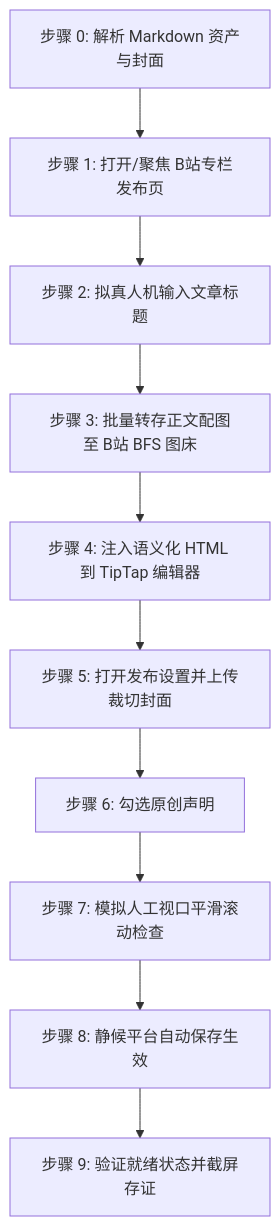
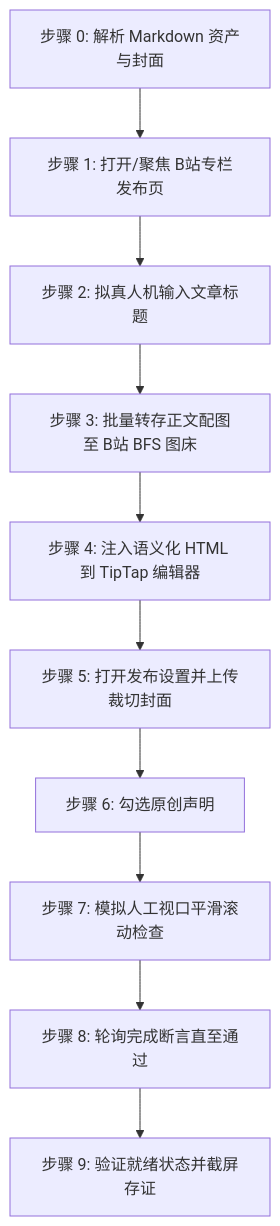
Before and after one commit to undsky/doudou-publish-skills: the first of 2 diagrams in skills/doudou-bilibili/SKILL.md, drawn with Mermaid. The commit also changed other lines of this file and 68 other files, not shown here.

````diff
--- a/skills/doudou-bilibili/SKILL.md
+++ b/skills/doudou-bilibili/SKILL.md
@@ -133,12 +222,12 @@
 ```mermaid
 flowchart TD
     S0[步骤 0: 解析 Markdown 资产与封面] --> S1[步骤 1: 打开/聚焦 B站专栏发布页]
     S1 --> S2[步骤 2: 拟真人机输入文章标题]
     S2 --> S3[步骤 3: 批量转存正文配图至 B站 BFS 图床]
     S3 --> S4[步骤 4: 注入语义化 HTML 到 TipTap 编辑器]
     S4 --> S5[步骤 5: 打开发布设置并上传裁切封面]
     S5 --> S6[步骤 6: 勾选原创声明]
     S6 --> S7[步骤 7: 模拟人工视口平滑滚动检查]
-    S7 --> S8[步骤 8: 静候平台自动保存生效]
+    S7 --> S8[步骤 8: 轮询完成断言直至通过]
     S8 --> S9[步骤 9: 验证就绪状态并截屏存证]
 ```
````
